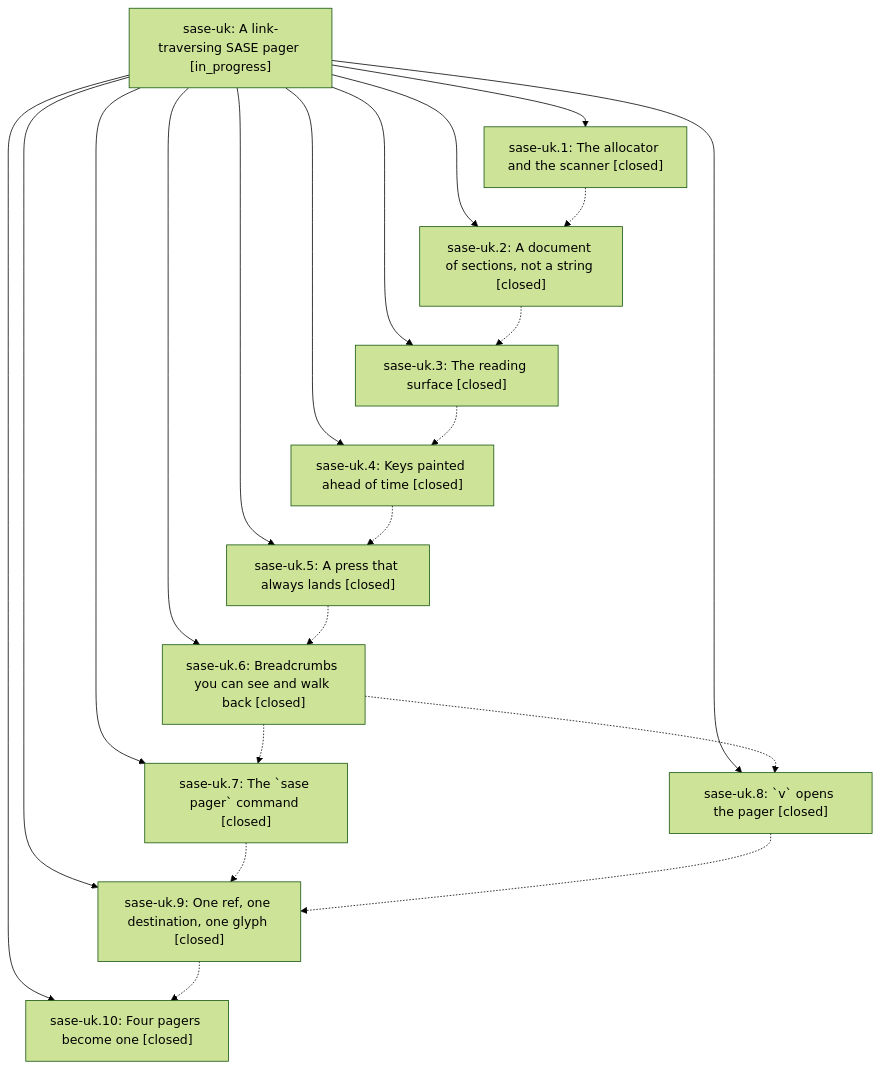
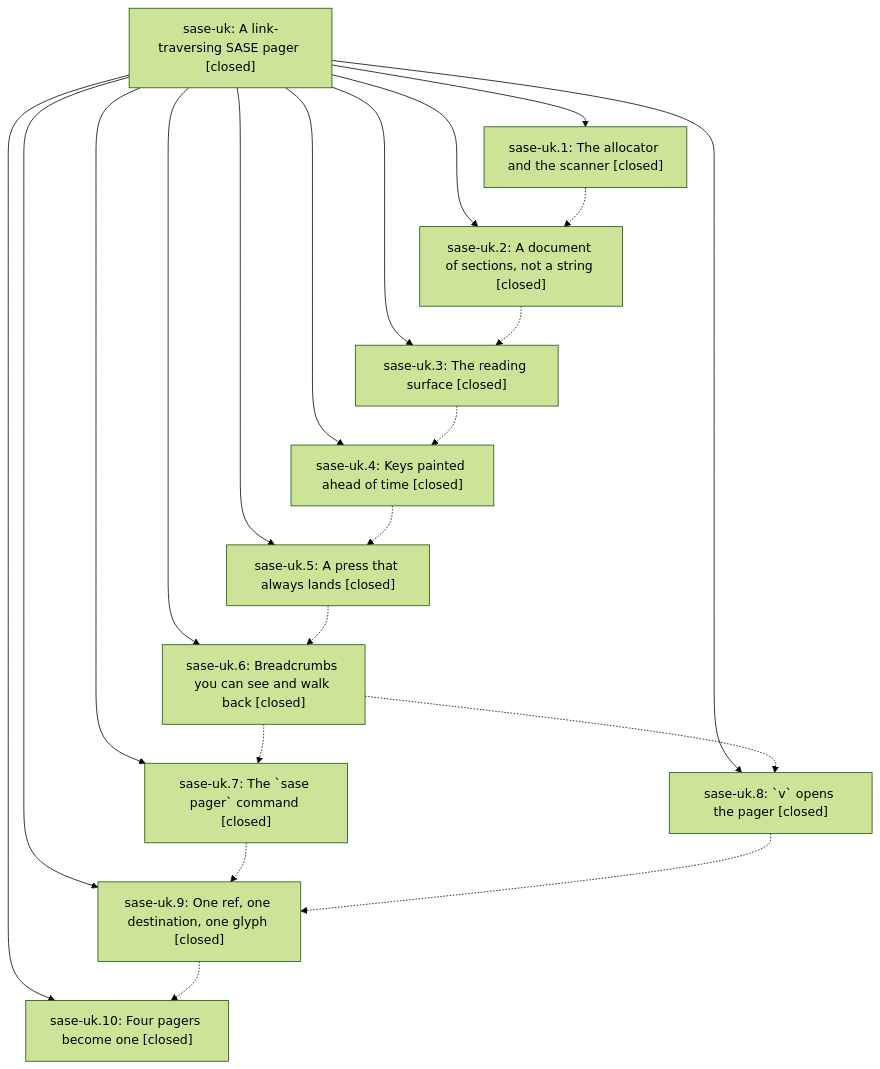
One commit to sase-org/sase--beads changed the diagram in pages/sase-uk/README.md. Above: the diagram before and after it, drawn with Mermaid (forest theme). The commit also changed other lines of this file, not shown here.

First line of the commit message:
chore(beads): sync bead state and pages for sase-uk

````diff
--- a/pages/sase-uk/README.md
+++ b/pages/sase-uk/README.md
@@ -43,34 +172,34 @@
 ```mermaid
 flowchart TD
-    n0["sase-uk: A link-traversing SASE pager [in_progress]"]
+    n0["sase-uk: A link-traversing SASE pager [closed]"]
     n1["sase-uk.1: The allocator and the scanner [closed]"]
     n2["sase-uk.10: Four pagers become one [closed]"]
     n3["sase-uk.2: A document of sections, not a string [closed]"]
     n4["sase-uk.3: The reading surface [closed]"]
     n5["sase-uk.4: Keys painted ahead of time [closed]"]
     n6["sase-uk.5: A press that always lands [closed]"]
     n7["sase-uk.6: Breadcrumbs you can see and walk back [closed]"]
     n8["sase-uk.7: The `sase pager` command [closed]"]
     n9["sase-uk.8: `v` opens the pager [closed]"]
     n10["sase-uk.9: One ref, one destination, one glyph [closed]"]
     n0 --> n1
     n0 --> n2
     n0 --> n3
     n0 --> n4
     n0 --> n5
     n0 --> n6
     n0 --> n7
     n0 --> n8
     n0 --> n9
     n0 --> n10
     n1 -.-> n3
     n3 -.-> n4
     n4 -.-> n5
     n5 -.-> n6
     n6 -.-> n7
     n7 -.-> n8
     n7 -.-> n9
     n8 -.-> n10
     n9 -.-> n10
     n10 -.-> n2
 ```
````
